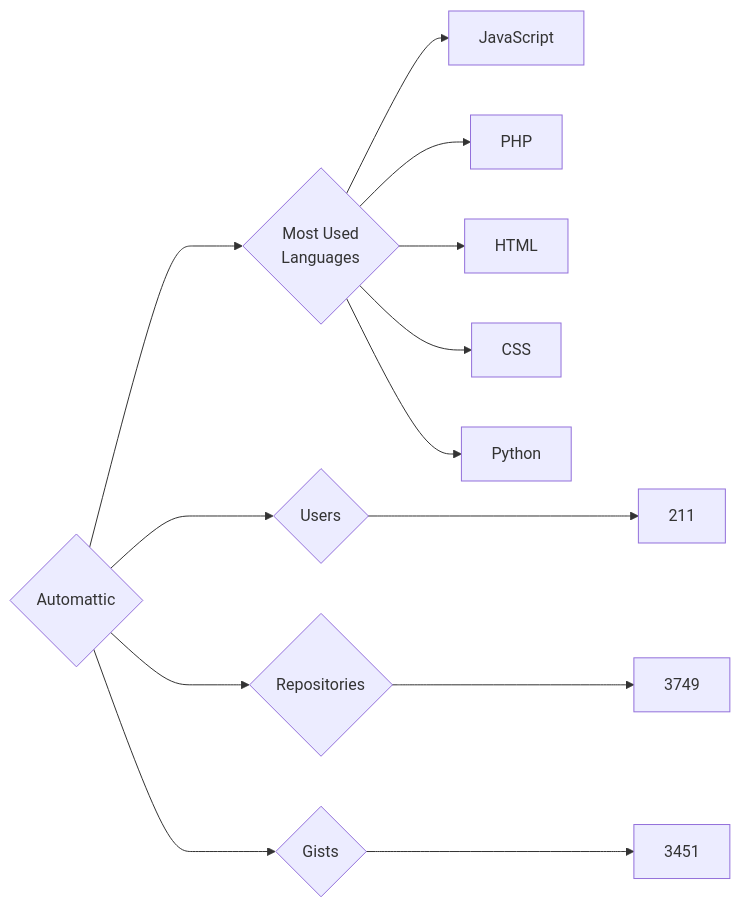
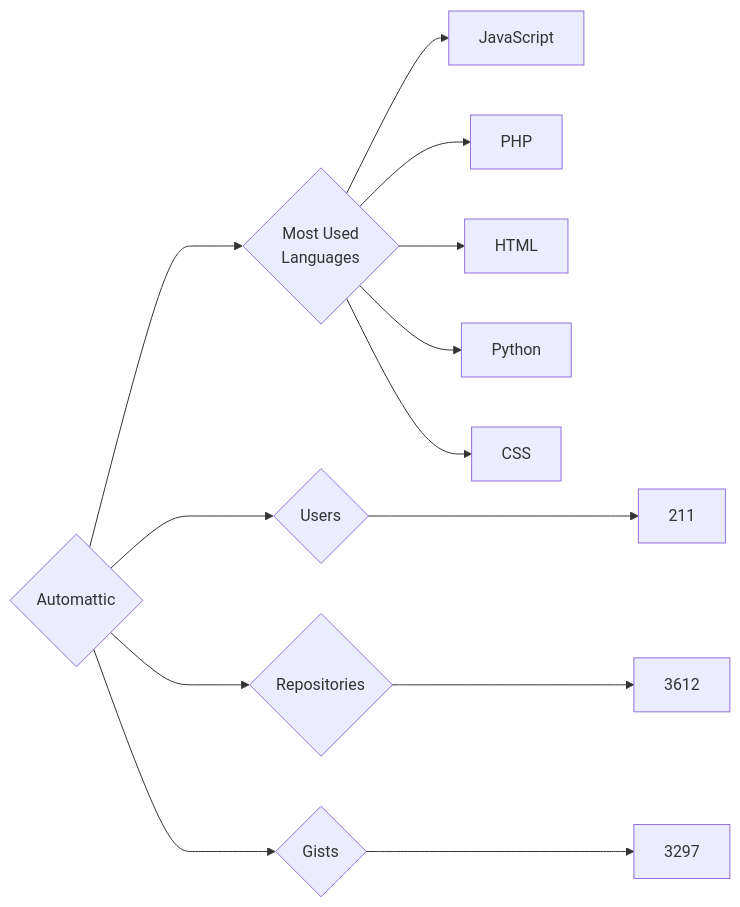
Before and after one commit to trickest/insiders: the diagram in targets/Automattic/README.md, drawn with Mermaid. The commit also changed 775 other files, not shown here.

````diff
--- a/targets/Automattic/README.md
+++ b/targets/Automattic/README.md
@@ -3,13 +3,13 @@
 ```mermaid
 graph LR
 COMPANY_NAME{Automattic}
 COMPANY_NAME ---> U{Users} ---> UN[211]
-COMPANY_NAME ---> R{Repositories} ---> RN[3749]
-COMPANY_NAME ---> G{Gists} ---> GN[3451]
+COMPANY_NAME ---> R{Repositories} ---> RN[3612]
+COMPANY_NAME ---> G{Gists} ---> GN[3297]
 COMPANY_NAME ---> ML{Most Used<br>Languages}
 ML --> JavaScript[JavaScript]
 ML --> PHP[PHP]
 ML --> HTML[HTML]
+ML --> Python[Python]
 ML --> CSS[CSS]
-ML --> Python[Python]
 ```
````
